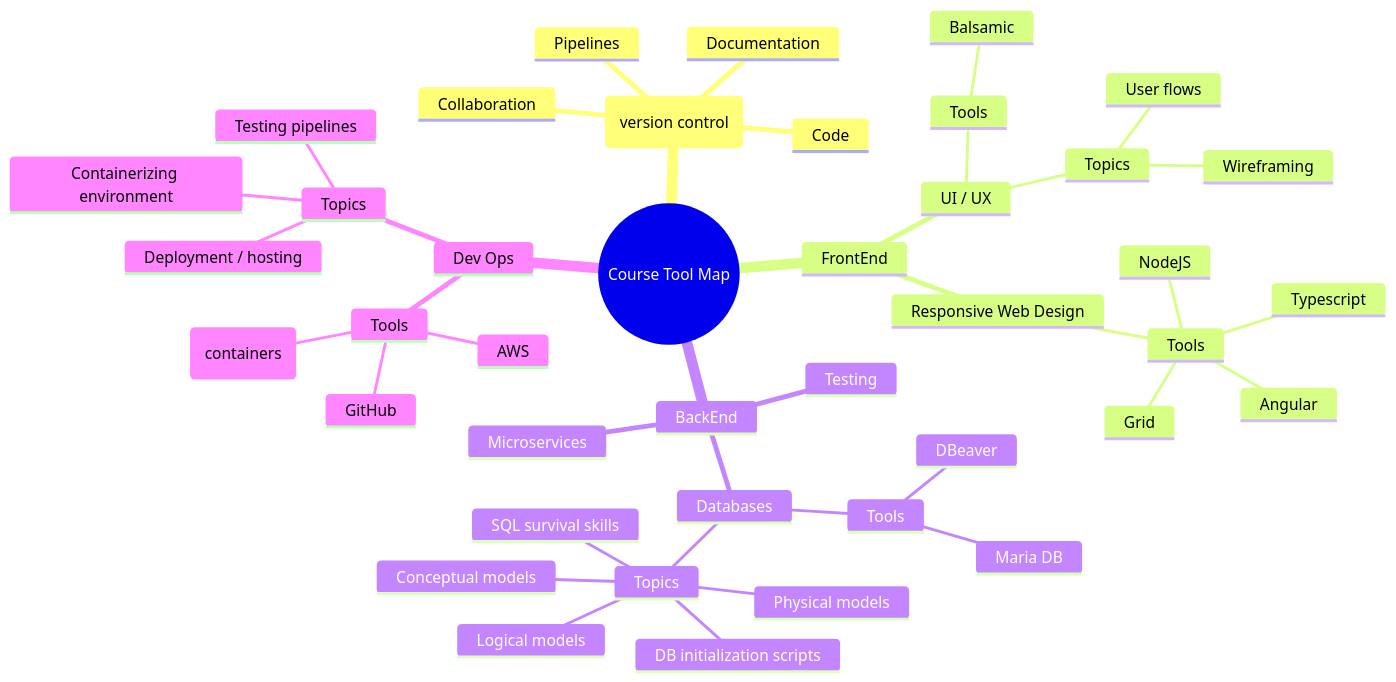
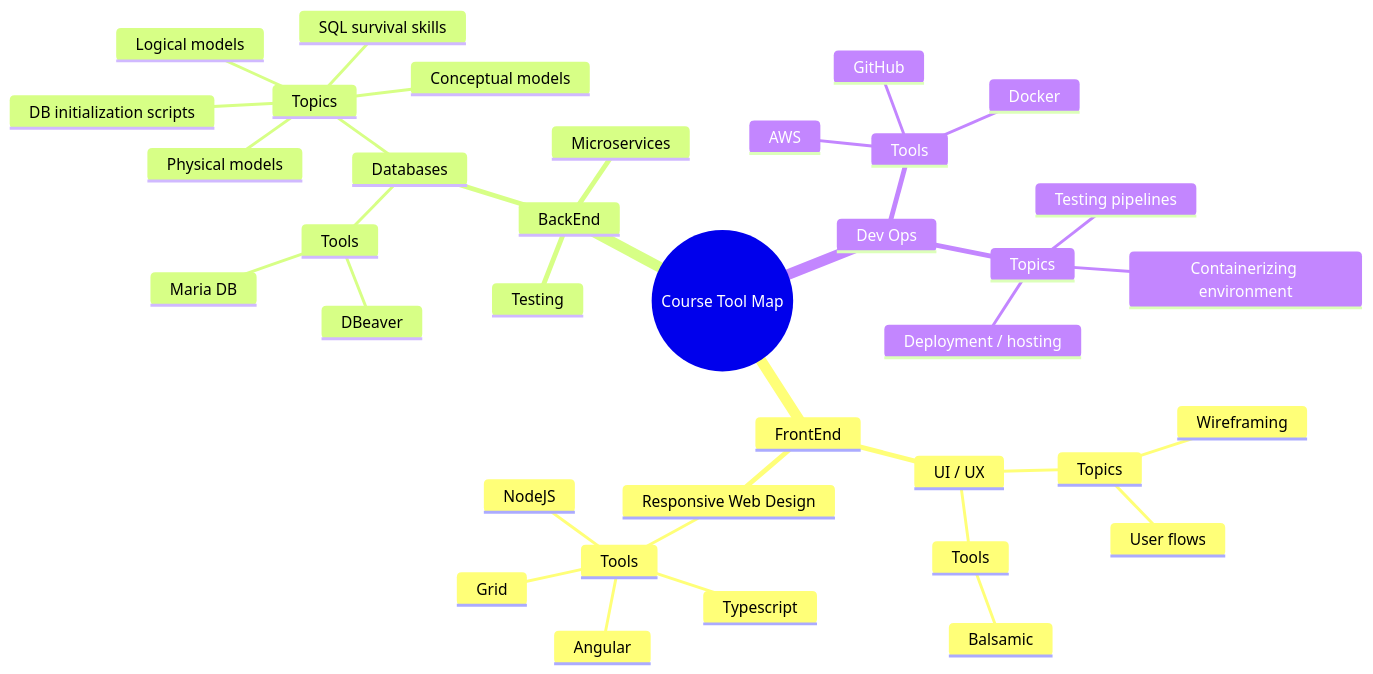
Before and after one commit to pattonsgirl/CS3900-AppSoftwareDev: the diagram in toolmap.md, drawn with Mermaid.

Commit message:
removing GitHub as unique module

````diff
--- a/toolmap.md
+++ b/toolmap.md
@@ -1,44 +1,39 @@
 ```mermaid
 mindmap
   root((Course Tool Map))
-    GitHub (version control)
-      Documentation
-      Collaboration
-      Code
-      Pipelines
     FrontEnd
       UI / UX
         Tools
           Balsamic
         Topics
           User flows
           Wireframing
       Responsive Web Design
         Tools
           Angular
           Grid
           Typescript
           NodeJS
     BackEnd
       Databases
         Tools
           Maria DB
           DBeaver
         Topics
           Conceptual models
           Logical models
           Physical models
           DB initialization scripts
           SQL survival skills
       Microservices
       Testing
     Dev Ops
         Tools
           GitHub
-          Docker (containers)
+          Docker
           AWS
         Topics
           Containerizing environment
           Testing pipelines
           Deployment / hosting
 ```
````
